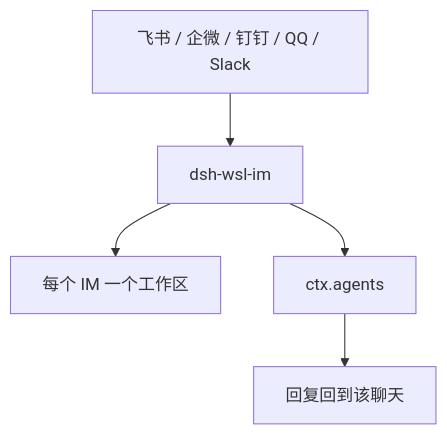
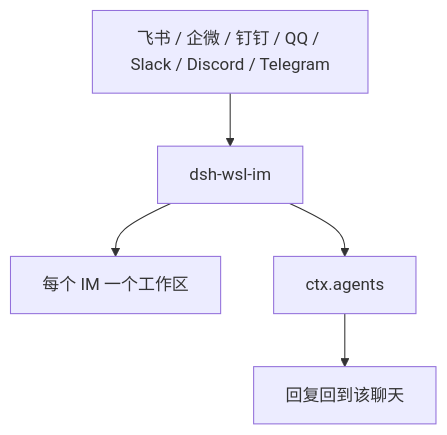
Before and after one commit to 173787247/dsh-wsl-im: the diagram in README.zh.md, drawn with Mermaid. The commit also changed other lines of this file and 15 other files, not shown here.

First line of the commit message:
feat: add Discord Gateway and Telegram long-poll adapters (v0.3.2)

````diff
--- a/README.zh.md
+++ b/README.zh.md
@@ -14,7 +14,7 @@
 ```mermaid
 flowchart TB
-  chats["飞书 / 企微 / 钉钉 / QQ / Slack"] --> im["dsh-wsl-im"]
+  chats["飞书 / 企微 / 钉钉 / QQ / Slack / Discord / Telegram"] --> im["dsh-wsl-im"]
   im --> ws["每个 IM 一个工作区"]
   im --> agents["ctx.agents"]
   agents --> reply["回复回到该聊天"]
 ```
````
